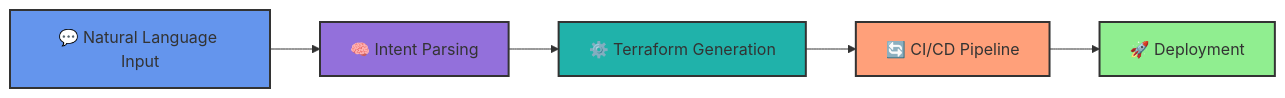
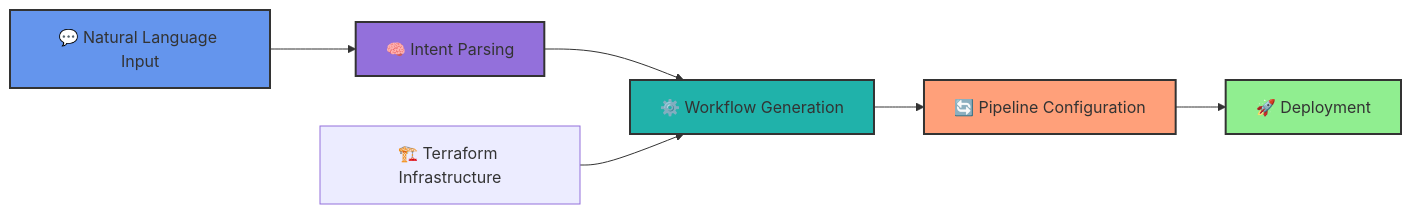
The diagram in profile/README.md (Stratisail/.github), drawn with Mermaid before and after one commit.

Commit message:
change graph

````diff
--- a/profile/README.md
+++ b/profile/README.md
@@ -17,13 +17,14 @@
 ```mermaid
 graph LR
     A[💬 Natural Language Input] --> B[🧠 Intent Parsing]
-    B --> C[⚙️ Terraform Generation]
-    C --> D[🔄 CI/CD Pipeline]
+    B --> C[⚙️ Workflow Generation]
+    F[🏗️ Terraform Infrastructure] --> C
+    C --> D[🔄 Pipeline Configuration]
     D --> E[🚀 Deployment]
         
     style A fill:#6495ED,stroke:#333,stroke-width:2px
     style B fill:#9370DB,stroke:#333,stroke-width:2px
     style C fill:#20B2AA,stroke:#333,stroke-width:2px
     style D fill:#FFA07A,stroke:#333,stroke-width:2px
     style E fill:#90EE90,stroke:#333,stroke-width:2px
 ```
````
